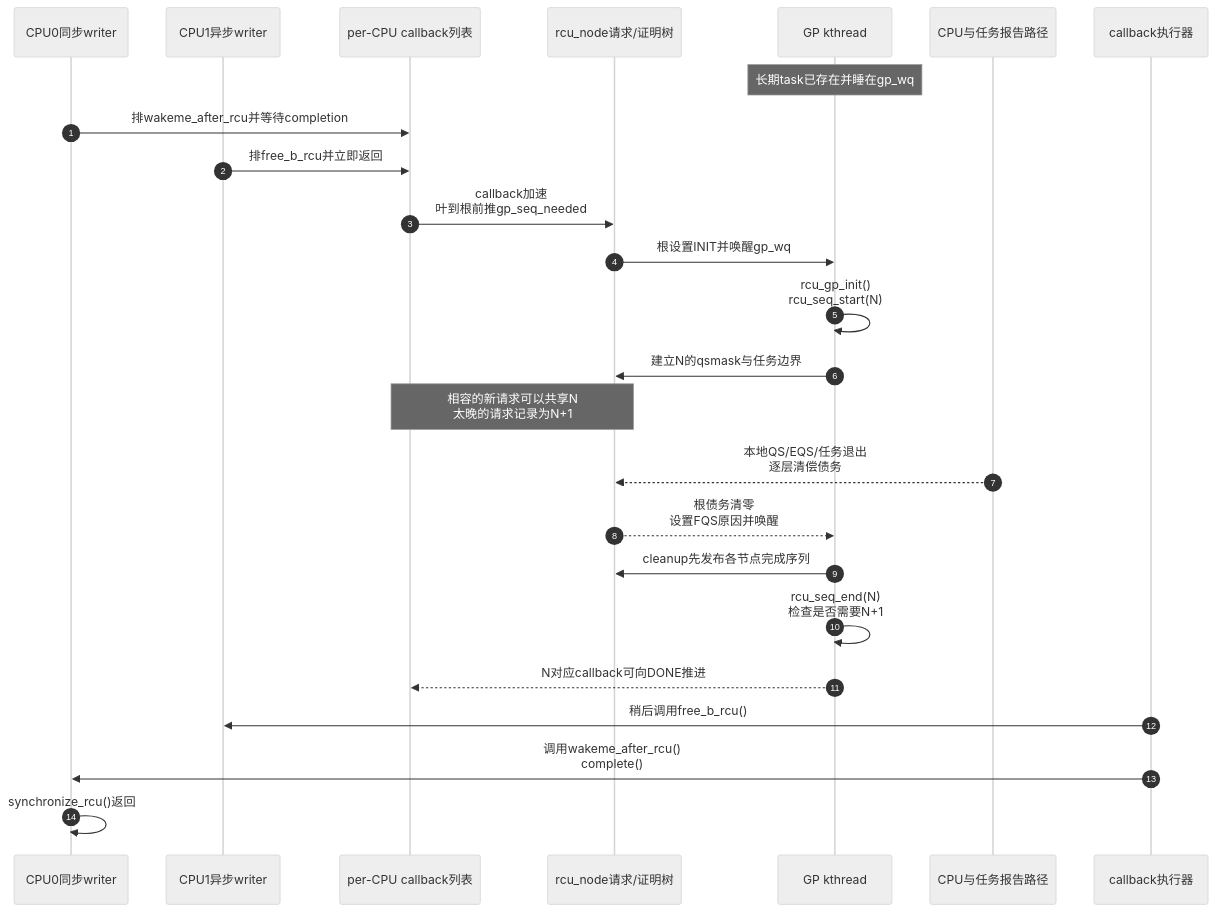
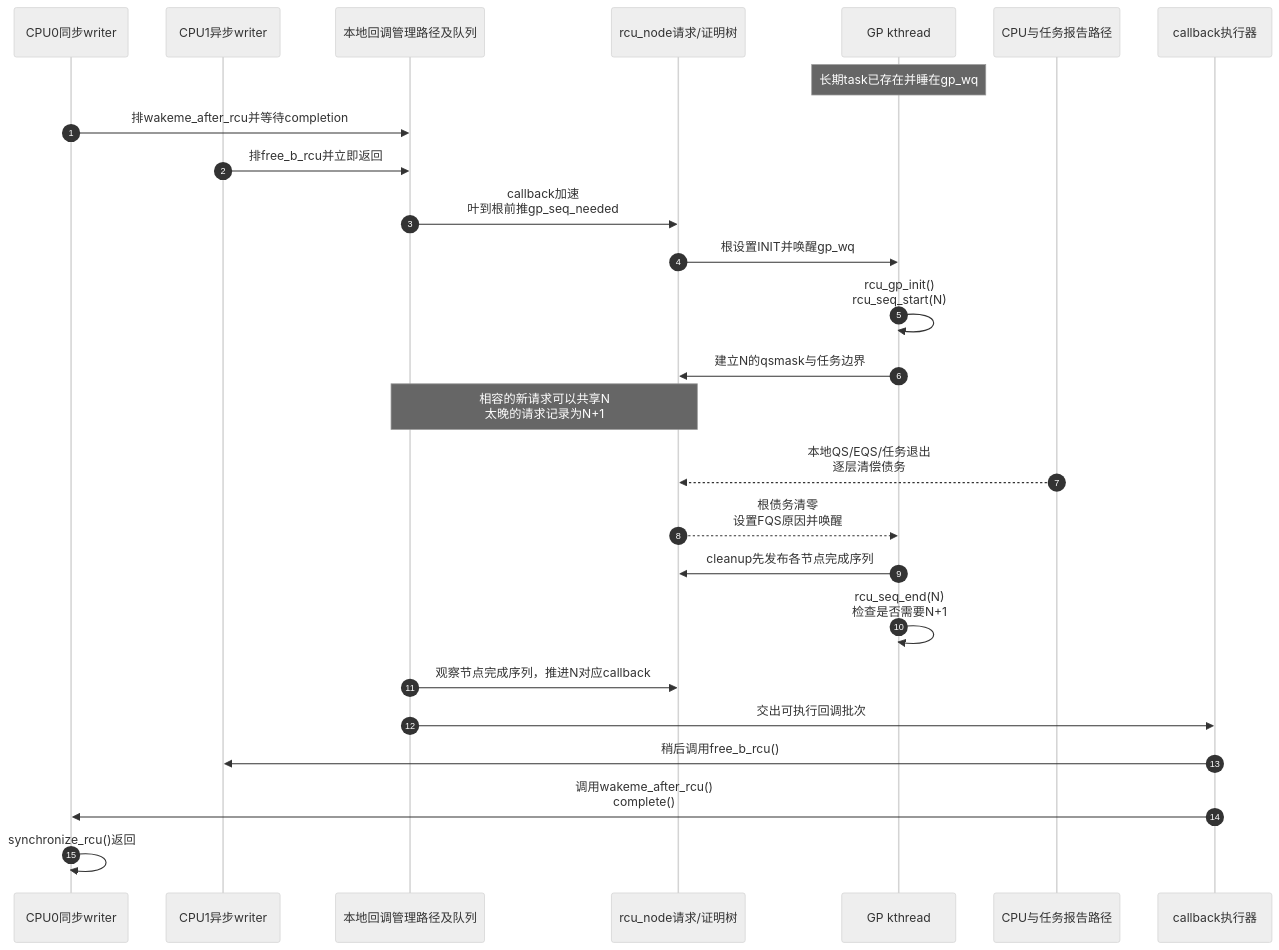
Before and after one commit to FormingSystem/linux_note: the third of 3 diagrams in knowledge/linux/synchronization_and_asynchrony/synchronization/rcu/P08_Tree_RCU_GP请求与全局生命周期.md, drawn with Mermaid (neutral theme). The commit also changed other lines of this file and 7 other files, not shown here.

````diff
--- a/knowledge/linux/synchronization_and_asynchrony/synchronization/rcu/P08_Tree_RCU_GP请求与全局生命周期.md
+++ b/knowledge/linux/synchronization_and_asynchrony/synchronization/rcu/P08_Tree_RCU_GP请求与全局生命周期.md
@@ -310,29 +326,30 @@
 ```mermaid
 sequenceDiagram
     autonumber
     participant S as CPU0同步writer
     participant A as CPU1异步writer
-    participant C as per-CPU callback列表
+    participant C as 本地回调管理路径及队列
     participant N as rcu_node请求/证明树
     participant G as GP kthread
     participant R as CPU与任务报告路径
     participant X as callback执行器
 
     Note over G: 长期task已存在并睡在gp_wq
     S->>C: 排wakeme_after_rcu并等待completion
     A->>C: 排free_b_rcu并立即返回
     C->>N: callback加速<br/>叶到根前推gp_seq_needed
     N->>G: 根设置INIT并唤醒gp_wq
     G->>G: rcu_gp_init()<br/>rcu_seq_start(N)
     G->>N: 建立N的qsmask与任务边界
 
     Note over C,N: 相容的新请求可以共享N<br/>太晚的请求记录为N+1
     R-->>N: 本地QS/EQS/任务退出<br/>逐层清偿债务
     N-->>G: 根债务清零<br/>设置FQS原因并唤醒
     G->>N: cleanup先发布各节点完成序列
     G->>G: rcu_seq_end(N)<br/>检查是否需要N+1
-    G-->>C: N对应callback可向DONE推进
+    C->>N: 观察节点完成序列，推进N对应callback
+    C->>X: 交出可执行回调批次
     X->>A: 稍后调用free_b_rcu()
     X->>S: 调用wakeme_after_rcu()<br/>complete()
     S->>S: synchronize_rcu()返回
 ```
````
